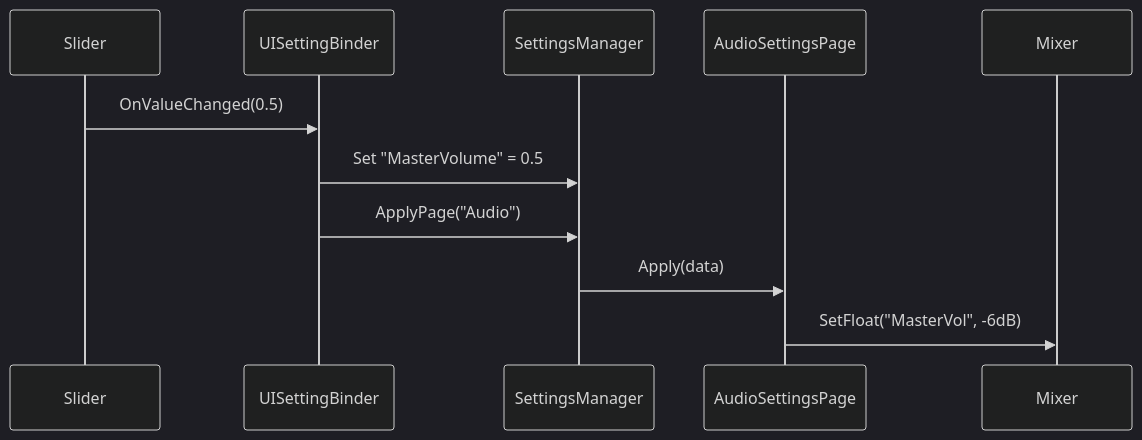
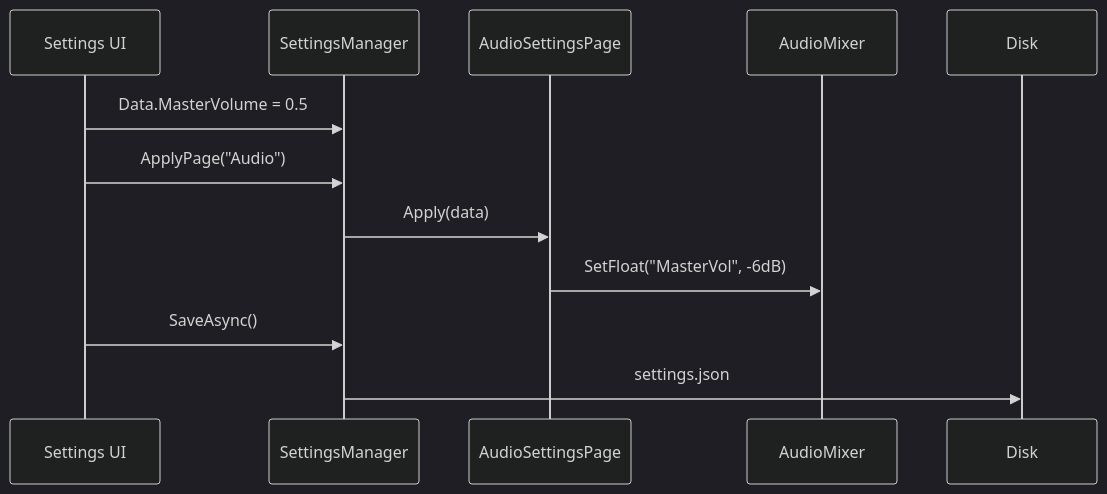
Before and after one commit to eraflo/Catalyst: the second of 2 diagrams in Documentation~/Core/SettingsManager.md, drawn with Mermaid (dark theme). The commit also changed other lines of this file, not shown here.

Commit message:
doc: update settings module doc

````diff
--- a/Documentation~/Core/SettingsManager.md
+++ b/Documentation~/Core/SettingsManager.md
@@ -108,13 +66,15 @@
 ```mermaid
 sequenceDiagram
-    participant UI as Slider
-    participant B as UISettingBinder
-    participant M as SettingsManager
-    participant P as AudioSettingsPage
+    participant UI as Settings UI
+    participant SM as SettingsManager
+    participant Page as AudioSettingsPage
+    participant Mixer as AudioMixer
 
-    UI->>B: OnValueChanged(0.5)
-    B->>M: Set "MasterVolume" = 0.5
-    B->>M: ApplyPage("Audio")
-    M->>P: Apply(data)
-    P->>Mixer: SetFloat("MasterVol", -6dB)
+    UI->>SM: Data.MasterVolume = 0.5
+    UI->>SM: ApplyPage("Audio")
+    SM->>Page: Apply(data)
+    Page->>Mixer: SetFloat("MasterVol", -6dB)
+    
+    UI->>SM: SaveAsync()
+    SM->>Disk: settings.json
 ```
````
